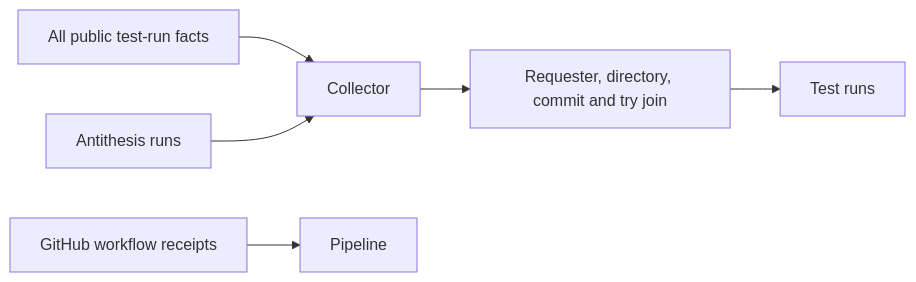
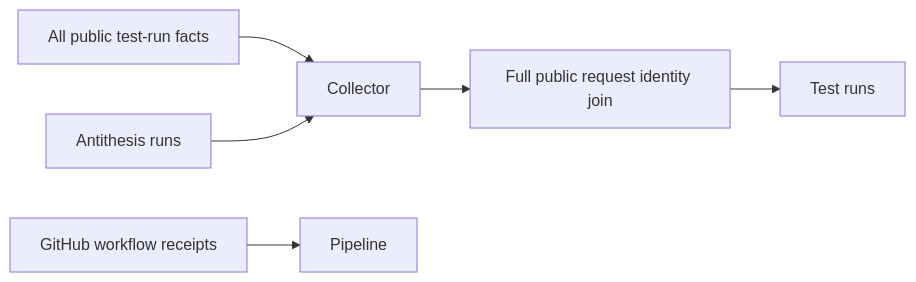
The diagram in specs/49-run-record-coverage/spec.md (lambdasistemi/moog-antithesis-dashboard), drawn with Mermaid before and after one commit. The commit also changed 19 other files, not shown here.

````diff
--- a/specs/49-run-record-coverage/spec.md
+++ b/specs/49-run-record-coverage/spec.md
@@ -13,8 +13,8 @@
 ```mermaid
 flowchart LR
   F[All public test-run facts] --> C[Collector]
   A[Antithesis runs] --> C
-  C --> J[Requester, directory, commit and try join]
+  C --> J[Full public request identity join]
   J --> T[Test runs]
   G[GitHub workflow receipts] --> P[Pipeline]
 ```
````
